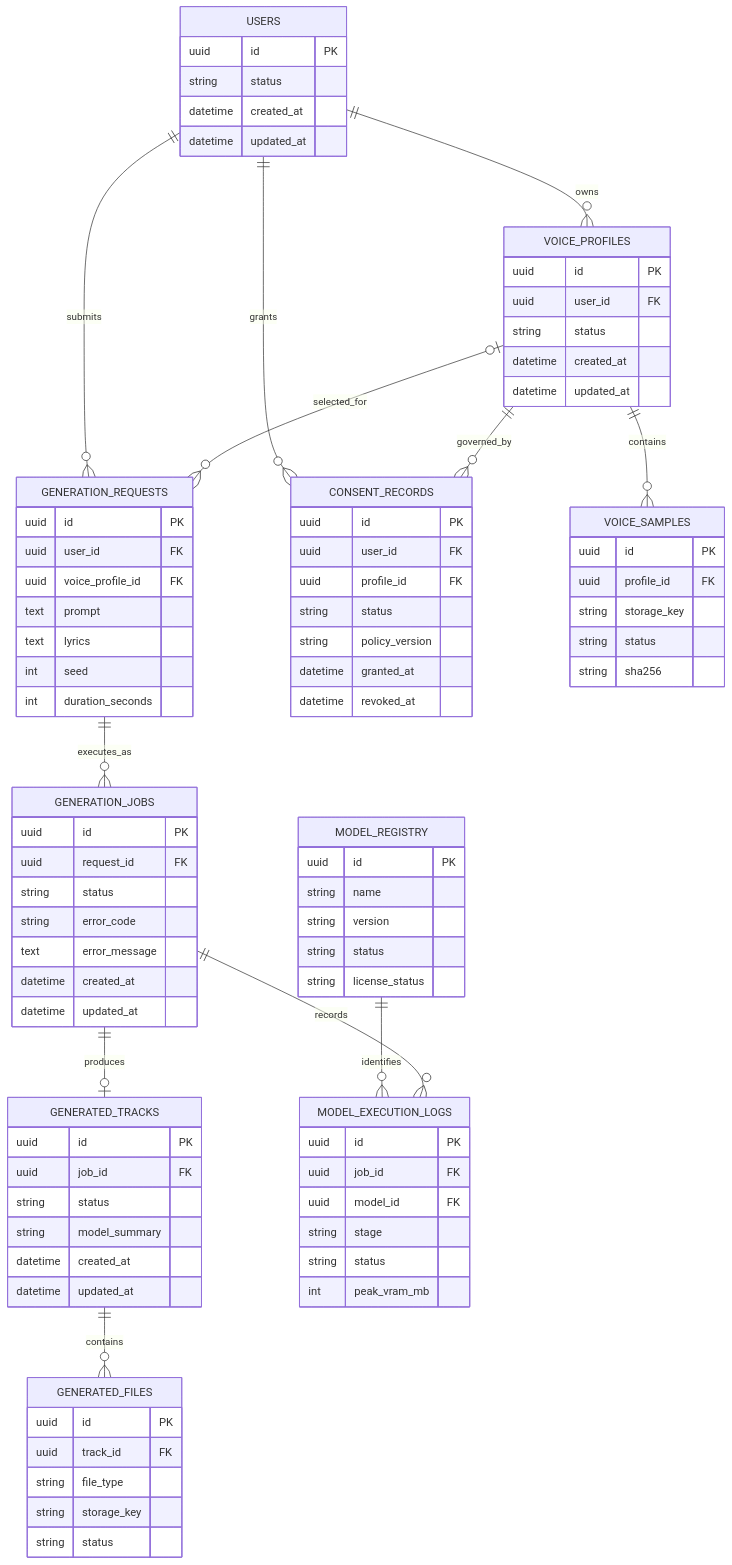
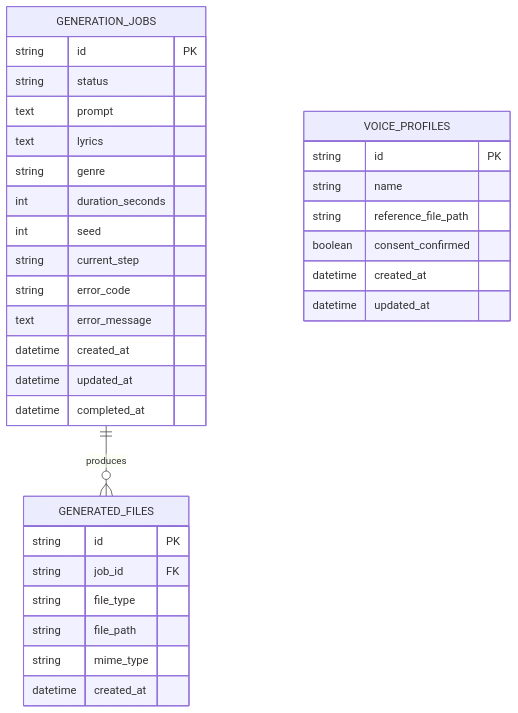
Before and after one commit to DohaStudio/DohaMusic: the diagram in docs/07-database/erd.md, drawn with Mermaid. The commit also changed other lines of this file and 88 other files, not shown here.

````diff
--- a/docs/07-database/erd.md
+++ b/docs/07-database/erd.md
@@ -6,92 +6,38 @@
 ```mermaid
 erDiagram
-  USERS ||--o{ VOICE_PROFILES : owns
-  USERS ||--o{ GENERATION_REQUESTS : submits
-  USERS ||--o{ CONSENT_RECORDS : grants
-  VOICE_PROFILES ||--o{ VOICE_SAMPLES : contains
-  VOICE_PROFILES ||--o{ CONSENT_RECORDS : governed_by
-  GENERATION_REQUESTS ||--o{ GENERATION_JOBS : executes_as
-  VOICE_PROFILES o|--o{ GENERATION_REQUESTS : selected_for
-  GENERATION_JOBS ||--o| GENERATED_TRACKS : produces
-  GENERATED_TRACKS ||--o{ GENERATED_FILES : contains
-  MODEL_REGISTRY ||--o{ MODEL_EXECUTION_LOGS : identifies
-  GENERATION_JOBS ||--o{ MODEL_EXECUTION_LOGS : records
+  GENERATION_JOBS ||--o{ GENERATED_FILES : produces
 
-  USERS {
-    uuid id PK
+  GENERATION_JOBS {
+    string id PK
     string status
-    datetime created_at
-    datetime updated_at
-  }
-  VOICE_PROFILES {
-    uuid id PK
-    uuid user_id FK
-    string status
-    datetime created_at
-    datetime updated_at
-  }
-  VOICE_SAMPLES {
-    uuid id PK
-    uuid profile_id FK
-    string storage_key
-    string status
-    string sha256
-  }
-  CONSENT_RECORDS {
-    uuid id PK
-    uuid user_id FK
-    uuid profile_id FK
-    string status
-    string policy_version
-    datetime granted_at
-    datetime revoked_at
-  }
-  GENERATION_REQUESTS {
-    uuid id PK
-    uuid user_id FK
-    uuid voice_profile_id FK
     text prompt
     text lyrics
+    string genre
+    int duration_seconds
     int seed
-    int duration_seconds
-  }
-  GENERATION_JOBS {
-    uuid id PK
-    uuid request_id FK
-    string status
+    string current_step
     string error_code
     text error_message
     datetime created_at
     datetime updated_at
+    datetime completed_at
   }
-  GENERATED_TRACKS {
-    uuid id PK
-    uuid job_id FK
-    string status
-    string model_summary
+
+  GENERATED_FILES {
+    string id PK
+    string job_id FK
+    string file_type
+    string file_path
+    string mime_type
+    datetime created_at
+  }
+
+  VOICE_PROFILES {
+    string id PK
+    string name
+    string reference_file_path
+    boolean consent_confirmed
     datetime created_at
     datetime updated_at
   }
-  GENERATED_FILES {
-    uuid id PK
-    uuid track_id FK
-    string file_type
-    string storage_key
-    string status
-  }
-  MODEL_REGISTRY {
-    uuid id PK
-    string name
-    string version
-    string status
-    string license_status
-  }
-  MODEL_EXECUTION_LOGS {
-    uuid id PK
-    uuid job_id FK
-    uuid model_id FK
-    string stage
-    string status
-    int peak_vram_mb
-  }
 ```
````
